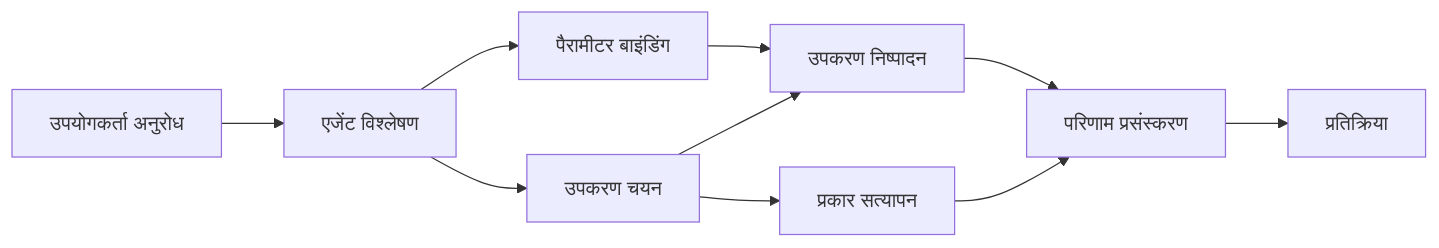
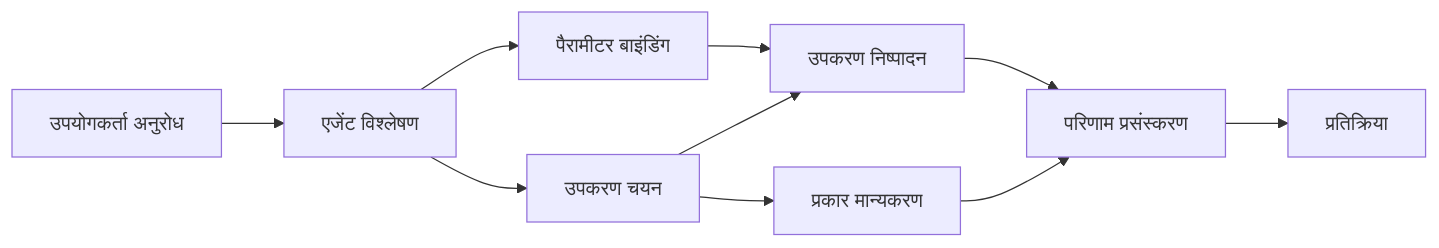
Before and after one commit to venturemavenwill/azureaifundamentals: the diagram in translations/hi/04-tool-use/code_samples/04-dotnet-agent-framework.md, drawn with Mermaid. The commit also changed other lines of this file and 2002 other files, not shown here.

````diff
--- a/translations/hi/04-tool-use/code_samples/04-dotnet-agent-framework.md
+++ b/translations/hi/04-tool-use/code_samples/04-dotnet-agent-framework.md
@@ -40,12 +40,12 @@
 ```mermaid
 graph LR
     A[उपयोगकर्ता अनुरोध] --> B[एजेंट विश्लेषण]
     B --> C[उपकरण चयन]
-    C --> D[प्रकार सत्यापन]
+    C --> D[प्रकार मान्यकरण]
     B --> E[पैरामीटर बाइंडिंग]
     E --> F[उपकरण निष्पादन]
     C --> F
     F --> G[परिणाम प्रसंस्करण]
     D --> G
     G --> H[प्रतिक्रिया]
 ```
````
